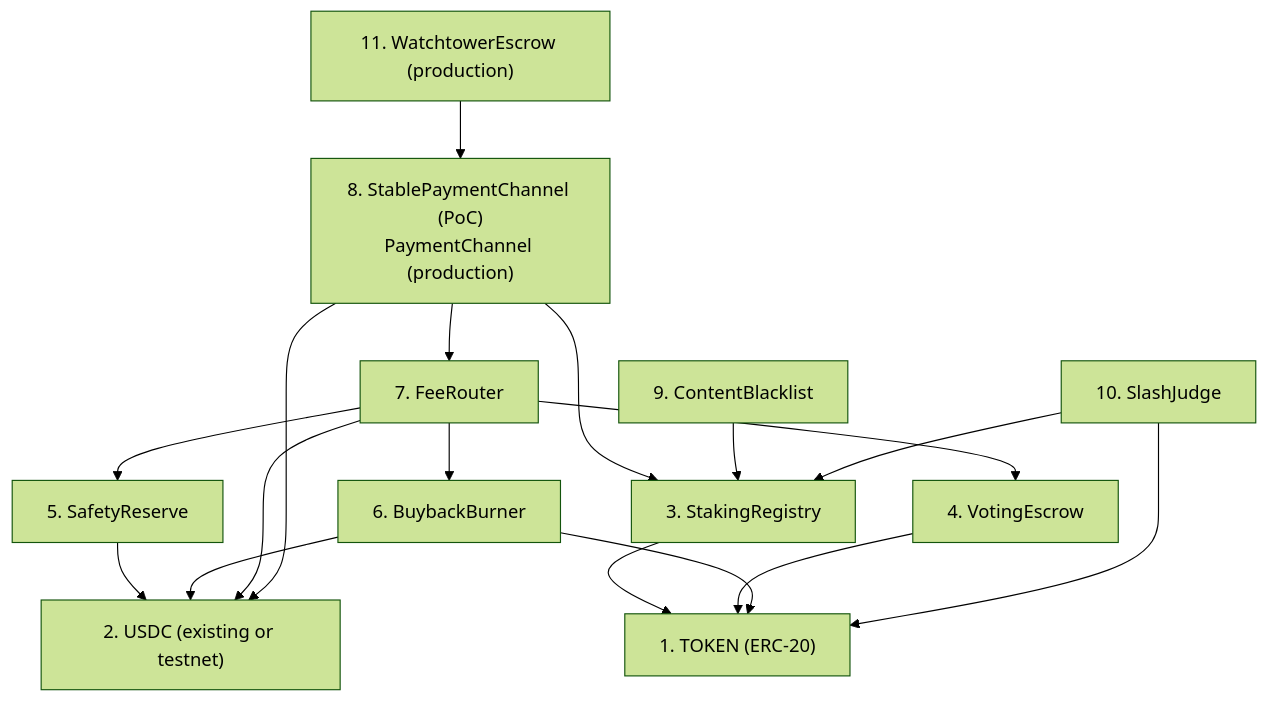
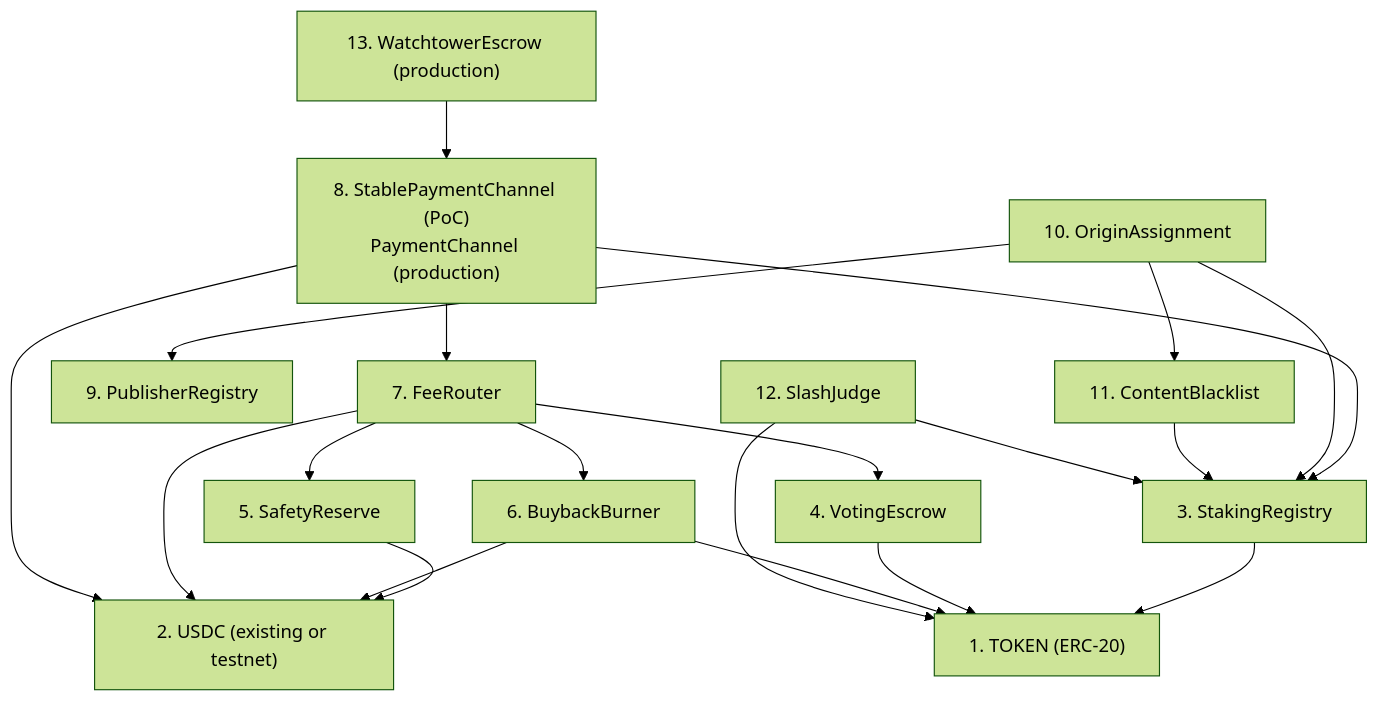
One commit to decdn/decdn changed the second of 5 diagrams in adr/016-contract-interactions.md. Above: the diagram before and after it, drawn with Mermaid (forest theme). The commit also changed other lines of this file and 11 other files, not shown here.

First line of the commit message:
docs(adr): add DAO-governed origin assignment authority (#390)

````diff
--- a/adr/016-contract-interactions.md
+++ b/adr/016-contract-interactions.md
@@ -106,31 +108,36 @@
 ```mermaid
 graph TD
     TOKEN["1. TOKEN (ERC-20)"]
     USDC["2. USDC (existing or testnet)"]
     SR["3. StakingRegistry"]
     VE["4. VotingEscrow"]
     SAFE["5. SafetyReserve"]
     BB["6. BuybackBurner"]
     FR["7. FeeRouter"]
     SPC["8. StablePaymentChannel (PoC)<br/>PaymentChannel (production)"]
-    CB["9. ContentBlacklist"]
-    SJ["10. SlashJudge"]
-    WE["11. WatchtowerEscrow (production)"]
+    PR["9. PublisherRegistry"]
+    OA["10. OriginAssignment"]
+    CB["11. ContentBlacklist"]
+    SJ["12. SlashJudge"]
+    WE["13. WatchtowerEscrow (production)"]
 
     SR --> TOKEN
     VE --> TOKEN
     SAFE --> USDC
     BB --> TOKEN
     BB --> USDC
     FR --> USDC
     FR --> BB
     FR --> SAFE
     FR --> VE
     SPC --> USDC
     SPC --> SR
     SPC --> FR
+    OA --> SR
+    OA --> PR
+    OA --> CB
     CB --> SR
     SJ --> SR
     SJ --> TOKEN
     WE --> SPC
 ```
````
